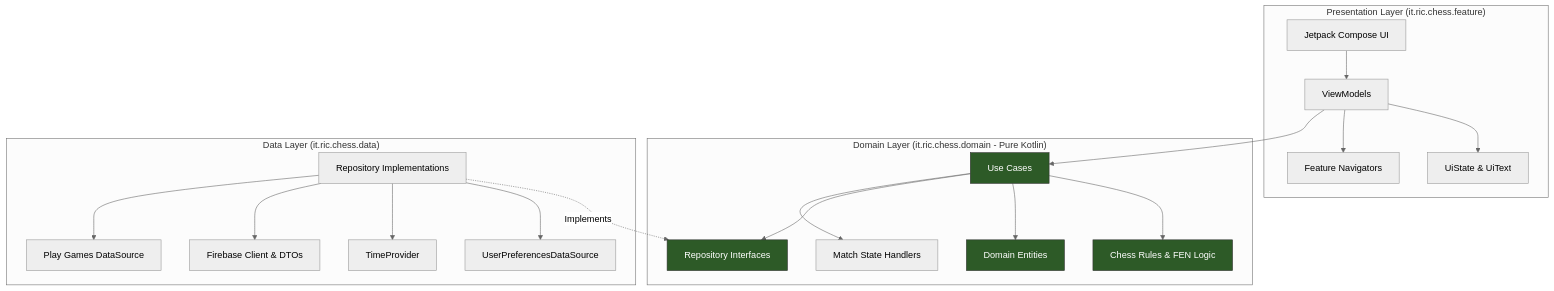
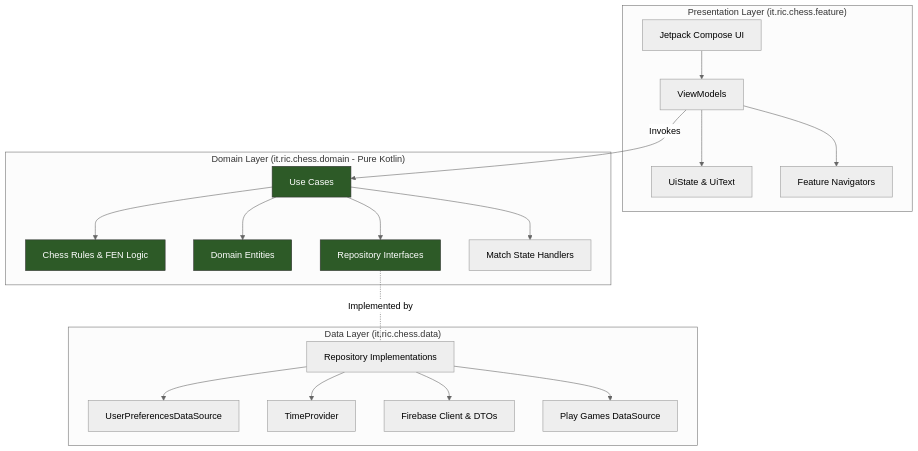
One commit to Riccardo-Gennari/chess-public changed the diagram in README.md. Above: the diagram before and after it, drawn with Mermaid (neutral theme). The commit also changed other lines of this file, not shown here.

Commit message:
docs: update Clean Architecture diagram

````diff
--- a/README.md
+++ b/README.md
@@ -29,27 +29,41 @@
 ```mermaid
 graph TD
     subgraph Presentation ["Presentation Layer (it.ric.chess.feature)"]
         UI["Jetpack Compose UI"] --> VM["ViewModels"]
         VM --> State["UiState & UiText"]
         VM --> Nav["Feature Navigators"]
     end
 
     subgraph Domain ["Domain Layer (it.ric.chess.domain - Pure Kotlin)"]
-        VM --> UC["Use Cases"]
-        UC --> Rules["Chess Rules & FEN Logic"]
-        UC --> Models["Domain Entities"]
-        UC --> Repos["Repository Interfaces"]
-        UC --> Handler["Match State Handlers"]
+        UC["Use Cases"]
+        Rules["Chess Rules & FEN Logic"]
+        Models["Domain Entities"]
+        Repos["Repository Interfaces"]
+        Handler["Match State Handlers"]
+
+        UC --> Rules
+        UC --> Models
+        UC --> Repos
+        UC --> Handler
     end
 
     subgraph Data ["Data Layer (it.ric.chess.data)"]
-        RepoImpl["Repository Implementations"] .->|Implements| Repos
-        RepoImpl --> PrefsDS["UserPreferencesDataSource"]
-        RepoImpl --> Time["TimeProvider"]
-        RepoImpl --> FirebaseDS["Firebase Client & DTOs"]
-        RepoImpl --> PlayGamesDS["Play Games DataSource"]
+        RepoImpl["Repository Implementations"]
+        PrefsDS["UserPreferencesDataSource"]
+        Time["TimeProvider"]
+        FirebaseDS["Firebase Client & DTOs"]
+        PlayGamesDS["Play Games DataSource"]
+
+        RepoImpl --> PrefsDS
+        RepoImpl --> Time
+        RepoImpl --> FirebaseDS
+        RepoImpl --> PlayGamesDS
     end
+
+%% Vertical flow between layers
+    VM -->|Invokes| UC
+    Repos -.-|Implemented by| RepoImpl
 
     classDef pure fill:#2d5a27,stroke:#333,stroke-width:1px,color:#fff;
     class Models,UC,Repos,Rules pure;
 ```
````
